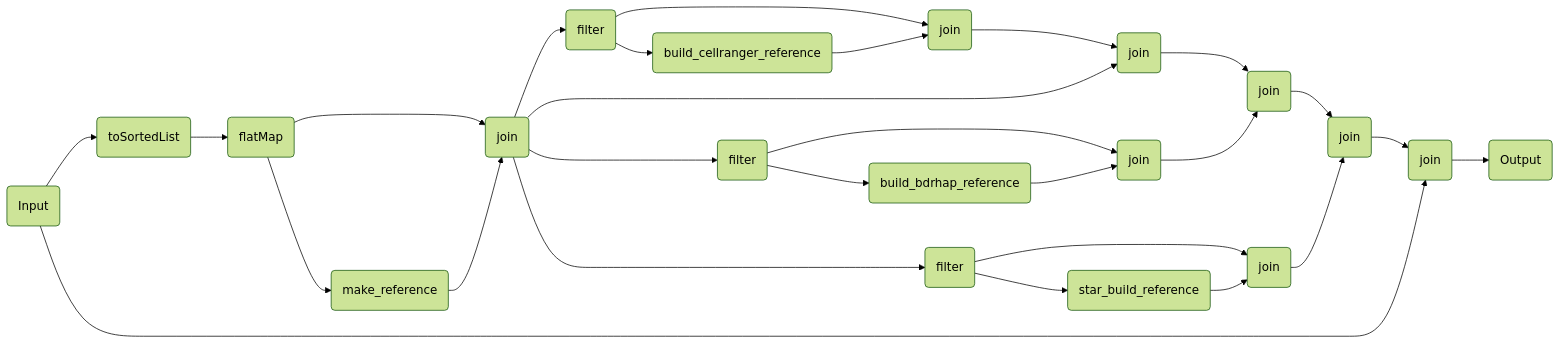
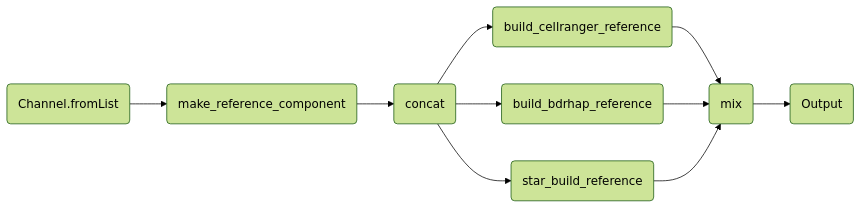
One commit to openpipelines-bio/website changed the diagram in components/workflows/ingestion/make_reference.qmd. Above: the diagram before and after it, drawn with Mermaid (forest theme). The commit also changed other lines of this file and 143 other files, not shown here.

````diff
--- a/components/workflows/ingestion/make_reference.qmd
+++ b/components/workflows/ingestion/make_reference.qmd
@@ -117,50 +117,22 @@
 ```{mermaid}
 %%| column: screen-inset-shaded
 flowchart LR
-    v0(Input)
-    v2(toSortedList)
-    v4(flatMap)
-    v11(make_reference)
-    v13(join)
-    v17(filter)
-    v22(build_cellranger_reference)
-    v24(join)
-    v54(join)
-    v29(filter)
-    v34(build_bdrhap_reference)
-    v36(join)
-    v55(join)
-    v41(filter)
-    v46(star_build_reference)
-    v48(join)
-    v56(join)
-    v57(join)
-    v62(Output)
-    v54-->v55
-    v55-->v56
-    v56-->v57
-    v0-->v2
-    v2-->v4
-    v4-->v13
-    v4-->v11
-    v11-->v13
-    v13-->v17
-    v17-->v24
-    v17-->v22
-    v22-->v24
-    v24-->v54
-    v13-->v29
-    v29-->v36
-    v29-->v34
-    v34-->v36
-    v36-->v55
-    v13-->v41
-    v41-->v48
-    v41-->v46
-    v46-->v48
-    v48-->v56
-    v0-->v57
-    v13-->v54
-    v57-->v62
+    v0(Channel.fromList)
+    v28(concat)
+    v17(make_reference_component)
+    v39(build_cellranger_reference)
+    v98(mix)
+    v62(build_bdrhap_reference)
+    v85(star_build_reference)
+    v117(Output)
+    v0-->v17
+    v17-->v28
+    v28-->v39
+    v39-->v98
+    v28-->v62
+    v62-->v98
+    v28-->v85
+    v85-->v98
+    v98-->v117
 
 ```
````
